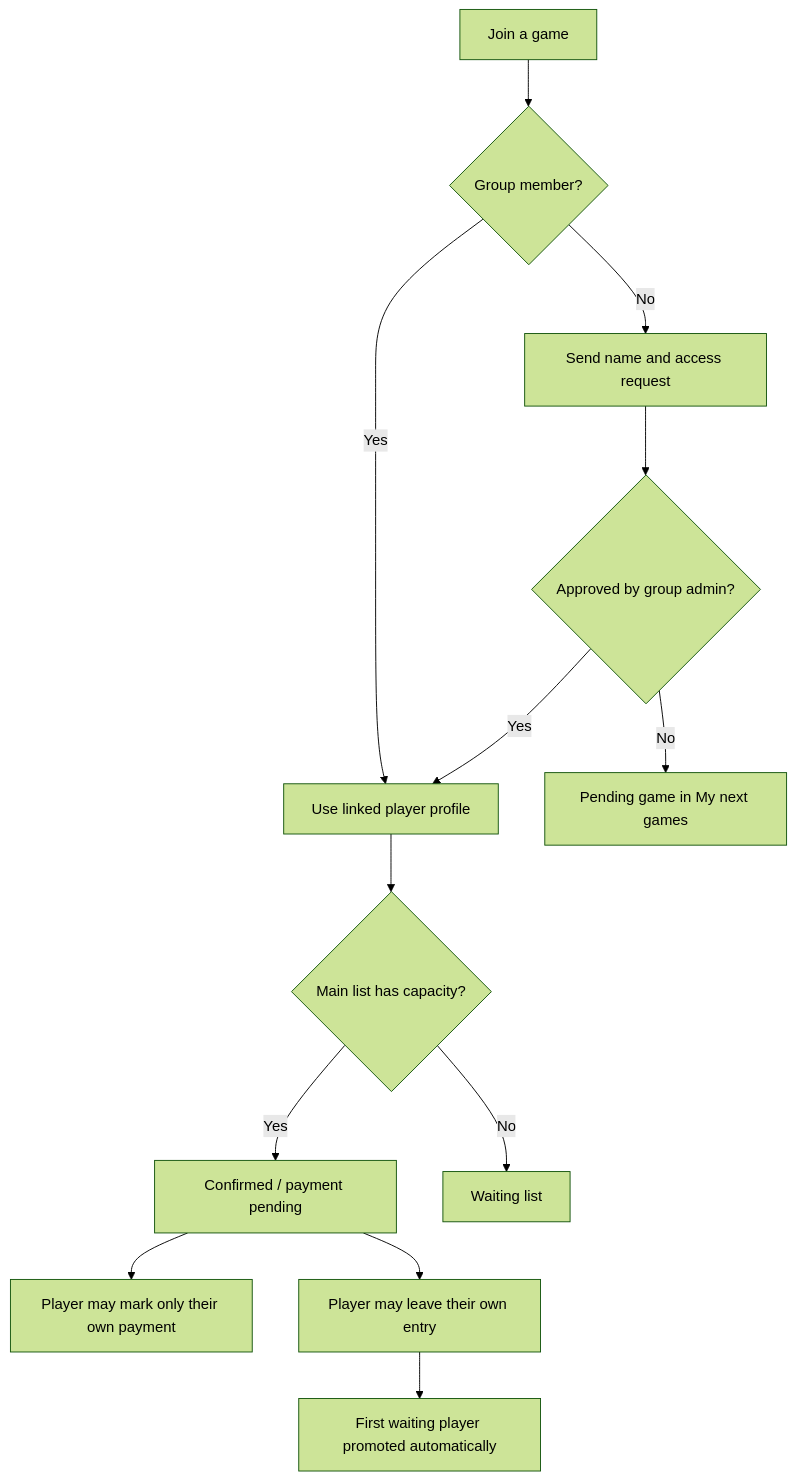
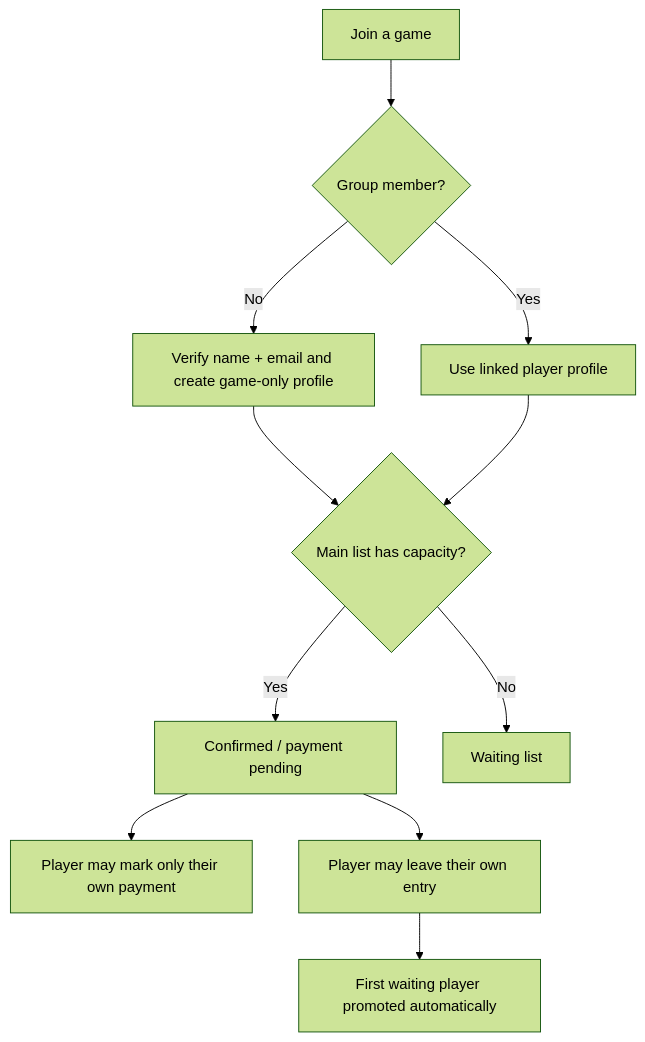
The third of 3 diagrams in docs/app-flow.md (eduardoccmelo/PlayUp), drawn with Mermaid (forest theme) before and after one commit. The commit also changed other lines of this file and 15 other files, not shown here.

````diff
--- a/docs/app-flow.md
+++ b/docs/app-flow.md
@@ -60,15 +57,13 @@
 ```mermaid
 flowchart TD
   A[Join a game] --> B{Group member?}
   B -- Yes --> C[Use linked player profile]
-  B -- No --> D[Send name and access request]
-  D --> E{Approved by group admin?}
-  E -- No --> F[Pending game in My next games]
-  E -- Yes --> C
-  C --> G{Main list has capacity?}
+  B -- No --> D[Verify name + email and create game-only profile]
+  D --> G{Main list has capacity?}
+  C --> G
   G -- Yes --> H[Confirmed / payment pending]
   G -- No --> I[Waiting list]
   H --> J[Player may mark only their own payment]
   H --> K[Player may leave their own entry]
   K --> L[First waiting player promoted automatically]
 ```
````
